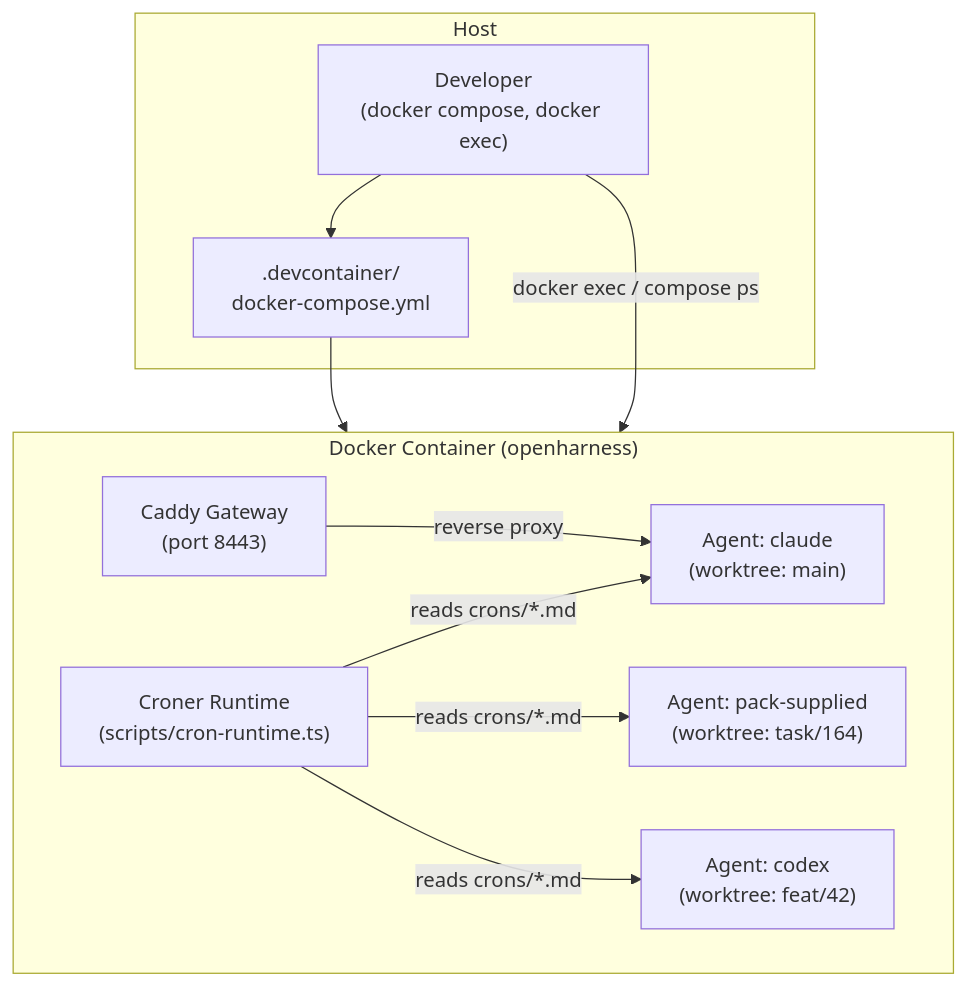
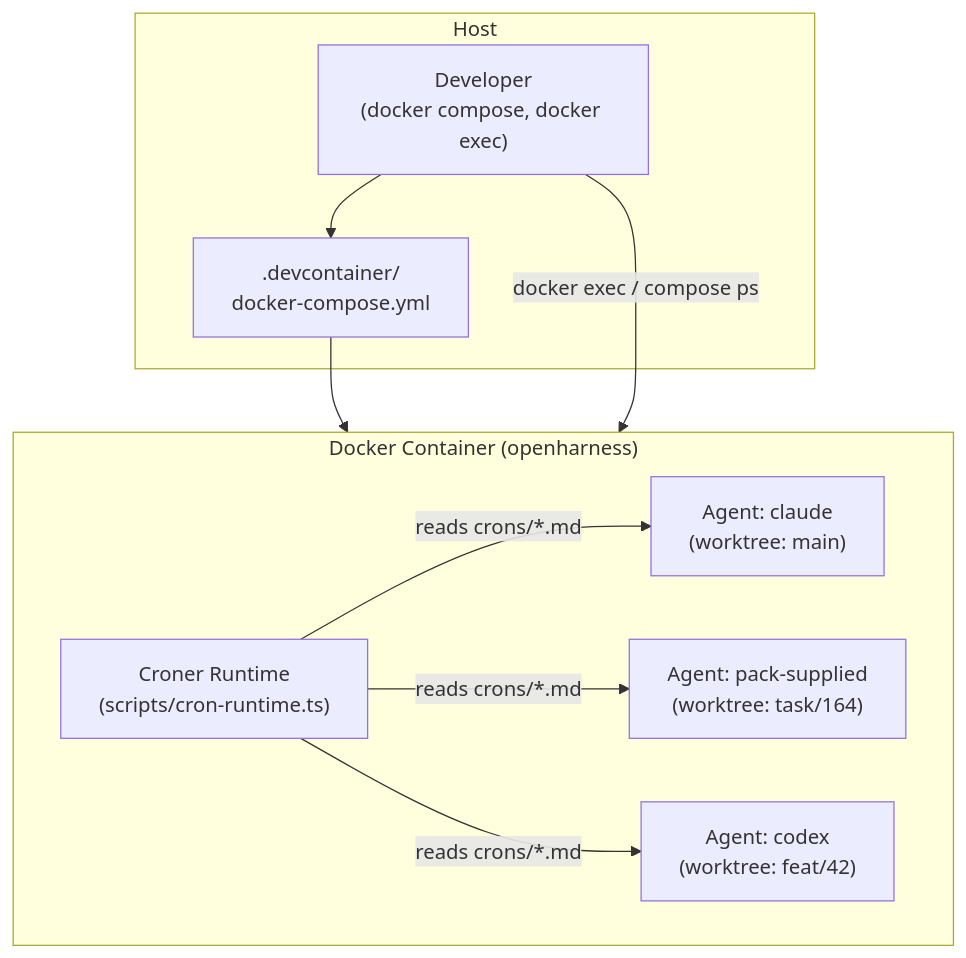
One commit to mifunedev/openharness changed the diagram in docs/architecture/overview.md. Above: the diagram before and after it, drawn with Mermaid. The commit also changed other lines of this file and 35 other files, not shown here.

````diff
--- a/docs/architecture/overview.md
+++ b/docs/architecture/overview.md
@@ -12,23 +14,21 @@
 ```mermaid
 graph TD
   subgraph Host
     User["Developer<br/>(docker compose, docker exec)"]
     Compose[".devcontainer/<br/>docker-compose.yml"]
   end
 
   subgraph Container["Docker Container (openharness)"]
     Agent1["Agent: claude<br/>(worktree: main)"]
     Agent2["Agent: pack-supplied<br/>(worktree: task/164)"]
     AgentN["Agent: codex<br/>(worktree: feat/42)"]
     Cron["Croner Runtime<br/>(scripts/cron-runtime.ts)"]
-    Caddy["Caddy Gateway<br/>(port 8443)"]
   end
 
   User --> Compose
   Compose --> Container
   User -->|"docker exec / compose ps"| Container
   Cron -->|"reads crons/*.md"| Agent1
   Cron -->|"reads crons/*.md"| Agent2
   Cron -->|"reads crons/*.md"| AgentN
-  Caddy -->|"reverse proxy"| Agent1
 ```
````
